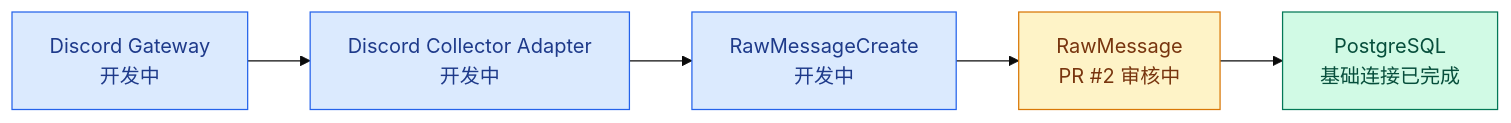
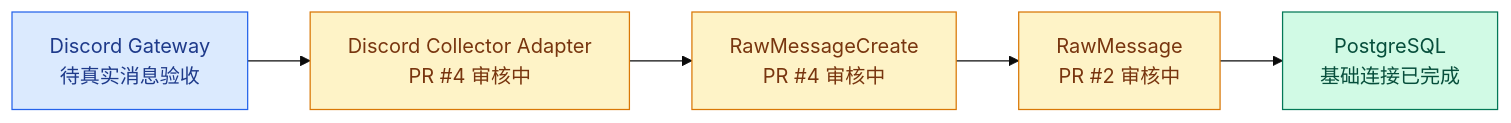
The diagram in docs/progress/NORA-10.md (norafu-dev/ai-trading), drawn with Mermaid (base theme) before and after one commit. The commit also changed other lines of this file and 1 other file, not shown here.

````diff
--- a/docs/progress/NORA-10.md
+++ b/docs/progress/NORA-10.md
@@ -56,14 +56,15 @@
 ```mermaid
 flowchart LR
-    D["Discord Gateway<br/>开发中"] --> C["Discord Collector Adapter<br/>开发中"]
-    C --> N["RawMessageCreate<br/>开发中"]
+    D["Discord Gateway<br/>待真实消息验收"] --> C["Discord Collector Adapter<br/>PR #4 审核中"]
+    C --> N["RawMessageCreate<br/>PR #4 审核中"]
     N --> R["RawMessage<br/>PR #2 审核中"]
     R --> P["PostgreSQL<br/>基础连接已完成"]
 
     classDef done fill:#d1fae5,stroke:#047857,color:#064e3b;
     classDef review fill:#fef3c7,stroke:#d97706,color:#78350f;
     classDef progress fill:#dbeafe,stroke:#2563eb,color:#1e3a8a;
     class P done;
     class R review;
-    class D,C,N progress;
+    class D progress;
+    class C,N review;
 ```
````
